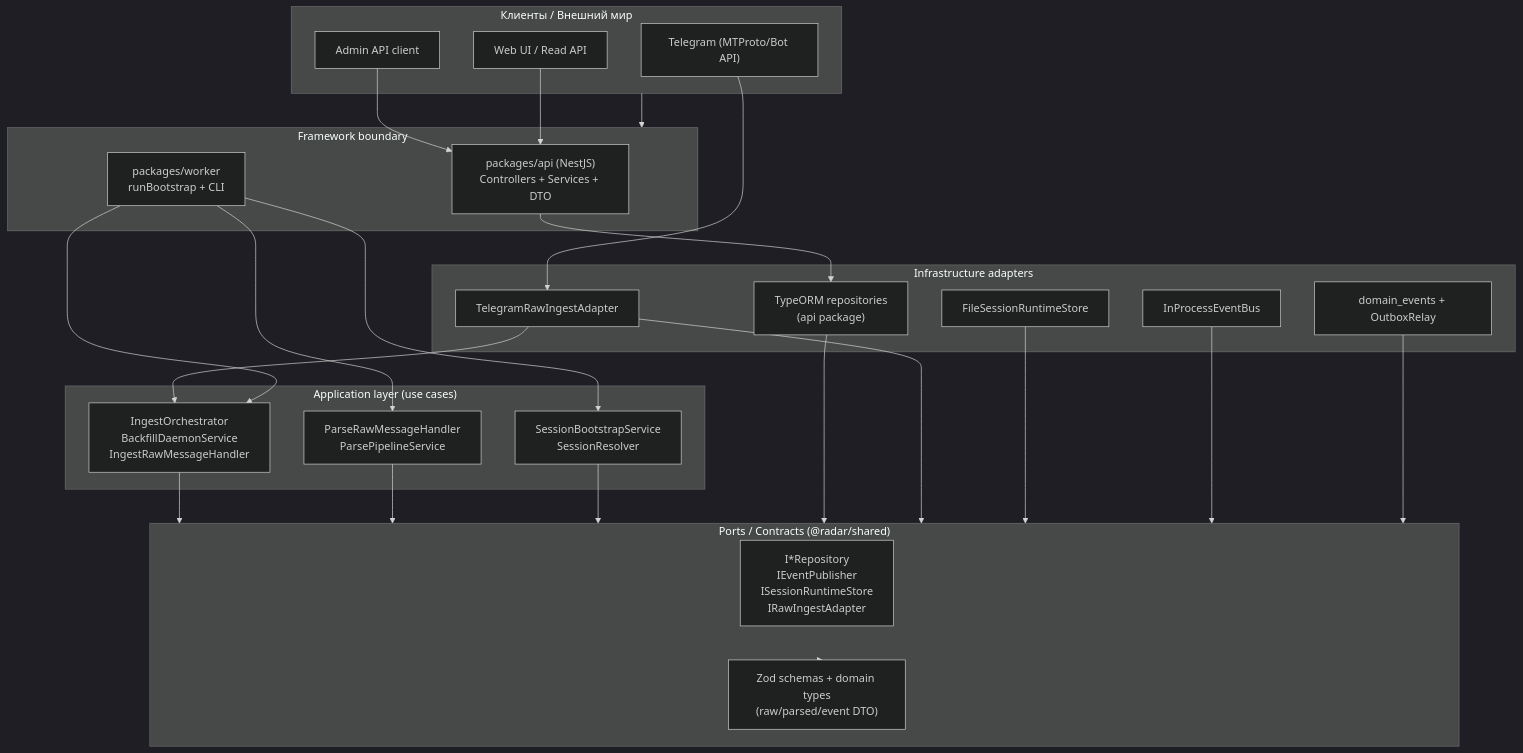
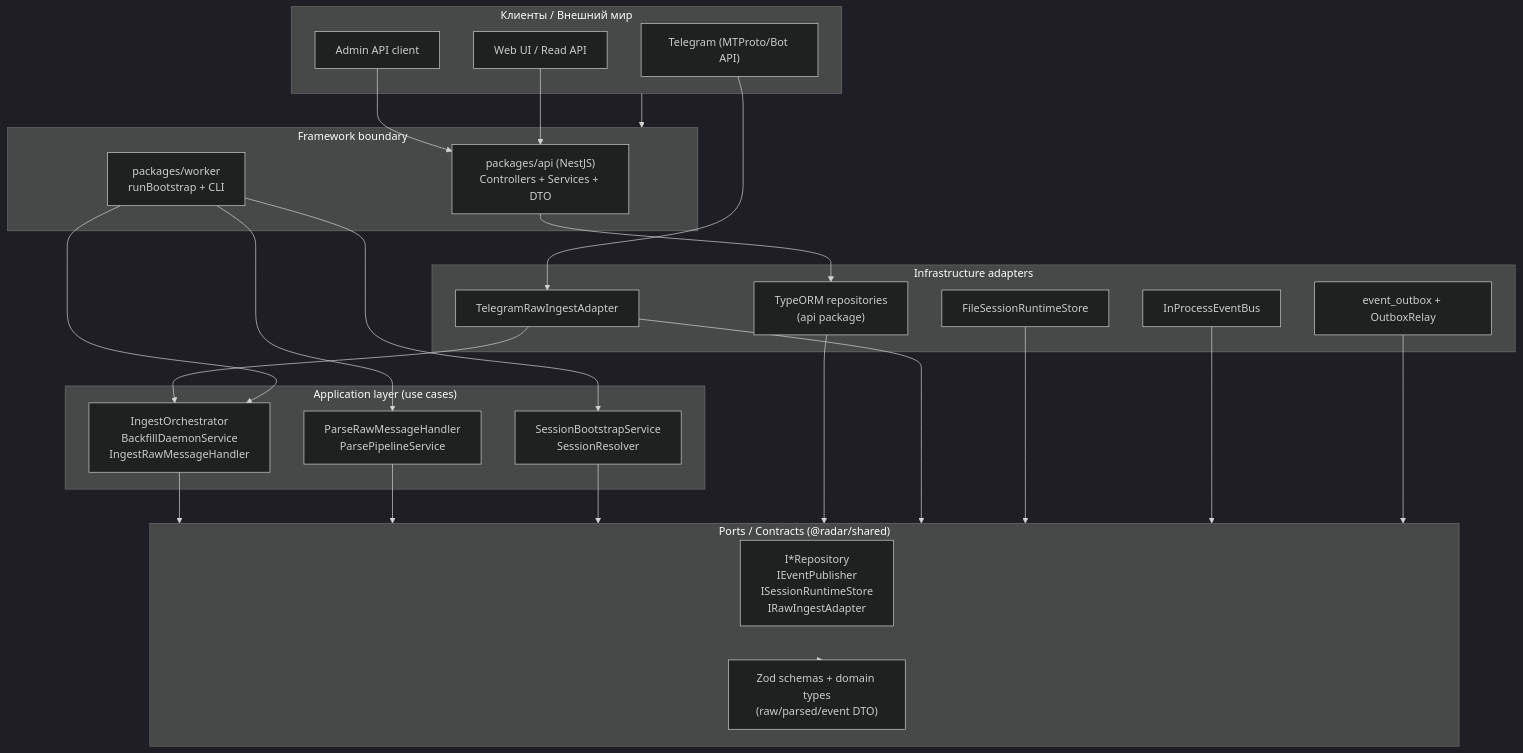
The first of 4 diagrams in docs/architecture-layers-and-wiring.md (exclusiveLogin/radar), drawn with Mermaid (dark theme) before and after one commit. The commit also changed other lines of this file and 312 other files, not shown here.

````diff
--- a/docs/architecture-layers-and-wiring.md
+++ b/docs/architecture-layers-and-wiring.md
@@ -13,52 +13,52 @@
 ```mermaid
 flowchart TB
   subgraph Clients["Клиенты / Внешний мир"]
     TG["Telegram (MTProto/Bot API)"]
     Admin["Admin API client"]
     Web["Web UI / Read API"]
   end
 
   subgraph AppBoundary["Framework boundary"]
     Nest["packages/api (NestJS)\nControllers + Services + DTO"]
     WorkerEntry["packages/worker\nrunBootstrap + CLI"]
   end
 
   subgraph AppLayer["Application layer (use cases)"]
     IngestUC["IngestOrchestrator\nBackfillDaemonService\nIngestRawMessageHandler"]
     ParseUC["ParseRawMessageHandler\nParsePipelineService"]
     SessionUC["SessionBootstrapService\nSessionResolver"]
   end
 
   subgraph Ports["Ports / Contracts (@radar/shared)"]
     Repos["I*Repository\nIEventPublisher\nISessionRuntimeStore\nIRawIngestAdapter"]
     Schemas["Zod schemas + domain types\n(raw/parsed/event DTO)"]
   end
 
   subgraph Infra["Infrastructure adapters"]
     TgAdapter["TelegramRawIngestAdapter"]
     TypeOrm["TypeORM repositories\n(api package)"]
     SessionFS["FileSessionRuntimeStore"]
     Bus["InProcessEventBus"]
-    Outbox["domain_events + OutboxRelay"]
+    Outbox["event_outbox + OutboxRelay"]
   end
 
   Clients --> AppBoundary
   TG --> TgAdapter --> IngestUC
   Admin --> Nest --> TypeOrm
   Web --> Nest
   WorkerEntry --> IngestUC
   WorkerEntry --> ParseUC
   WorkerEntry --> SessionUC
 
   IngestUC --> Ports
   ParseUC --> Ports
   SessionUC --> Ports
 
   TypeOrm --> Ports
   TgAdapter --> Ports
   SessionFS --> Ports
   Bus --> Ports
   Outbox --> Ports
 
   Ports --> Schemas
 ```
````
